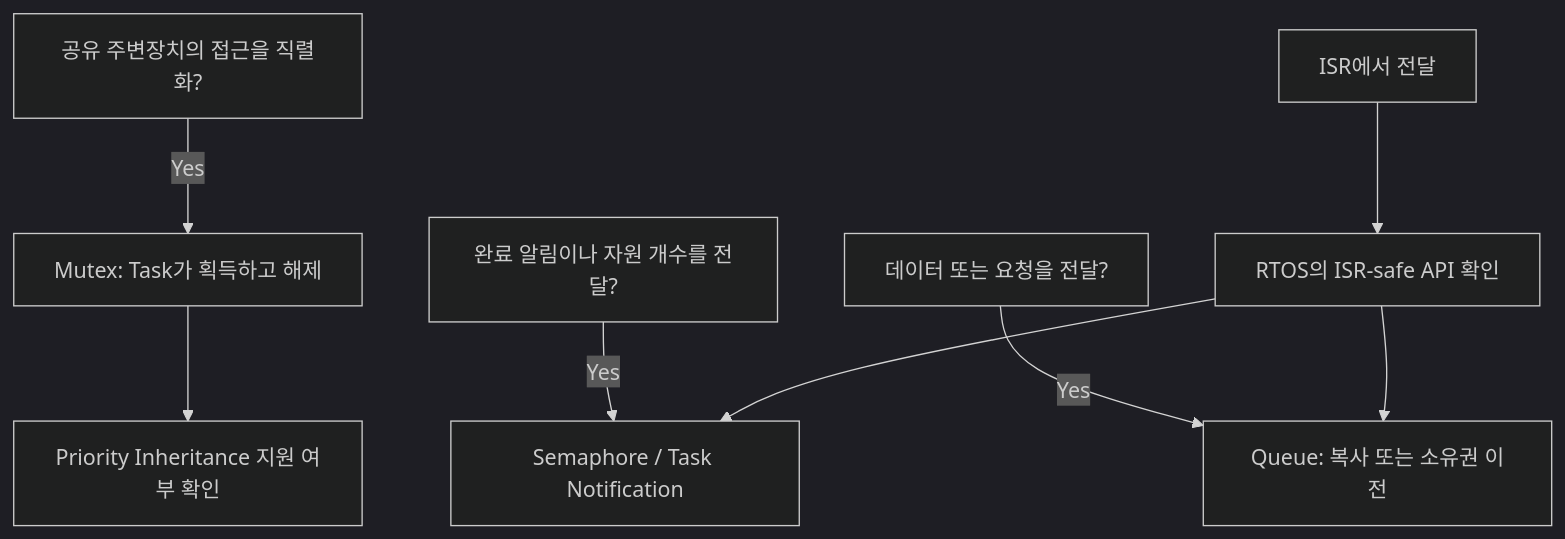
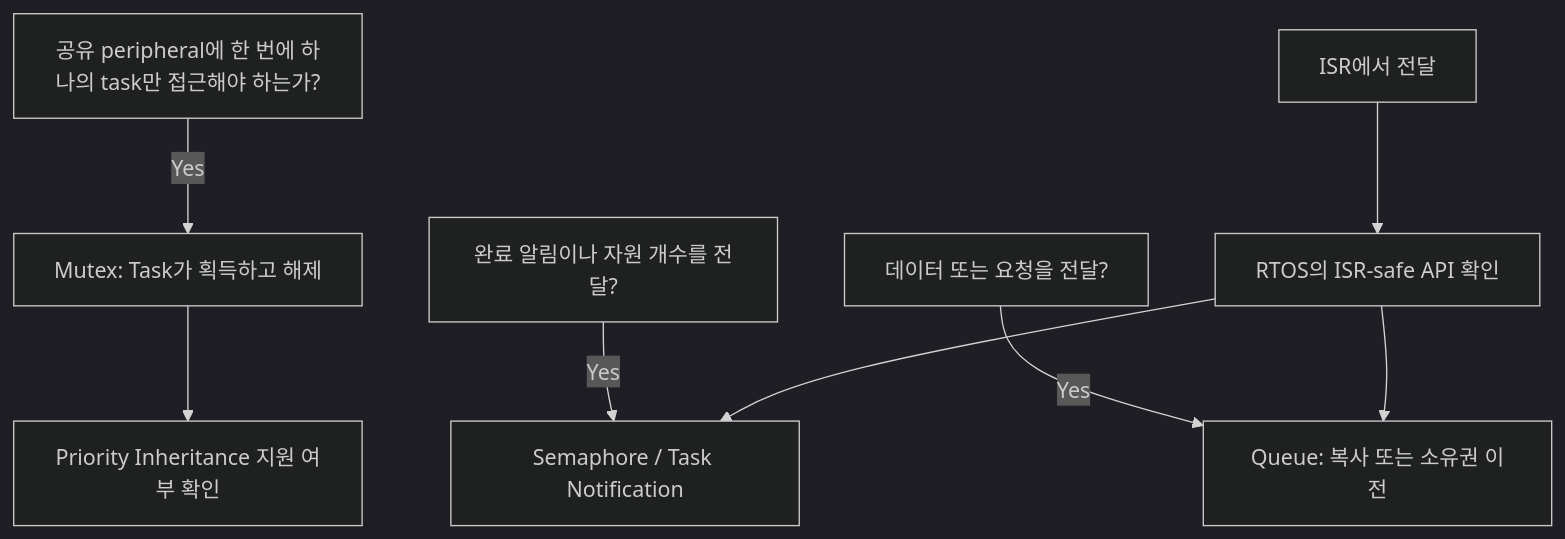
One commit to HyeonGyu-Lee/HyeonGyu-Lee.github.io changed the first of 2 diagrams in docs/MCU_Peripheral/Concurrency_&_Synchronization/RTOS_Mutex,_Semaphore_&_Queue.md. Above: the diagram before and after it, drawn with Mermaid (dark theme). The commit also changed other lines of this file and 81 other files, not shown here.

````diff
--- a/docs/MCU_Peripheral/Concurrency_&_Synchronization/RTOS_Mutex,_Semaphore_&_Queue.md
+++ b/docs/MCU_Peripheral/Concurrency_&_Synchronization/RTOS_Mutex,_Semaphore_&_Queue.md
@@ -25,10 +25,10 @@
 ```mermaid
 flowchart TD
- A["공유 주변장치의 접근을 직렬화?"] -->|Yes| M["Mutex: Task가 획득하고 해제"]
+ A["공유 peripheral에 한 번에 하나의 task만 접근해야 하는가?"] -->|Yes| M["Mutex: Task가 획득하고 해제"]
  B["완료 알림이나 자원 개수를 전달?"] -->|Yes| S["Semaphore / Task Notification"]
  C["데이터 또는 요청을 전달?"] -->|Yes| Q["Queue: 복사 또는 소유권 이전"]
  I["ISR에서 전달"] --> R["RTOS의 ISR-safe API 확인"]
  R --> S
  R --> Q
  M --> P["Priority Inheritance 지원 여부 확인"]
 ```
````
